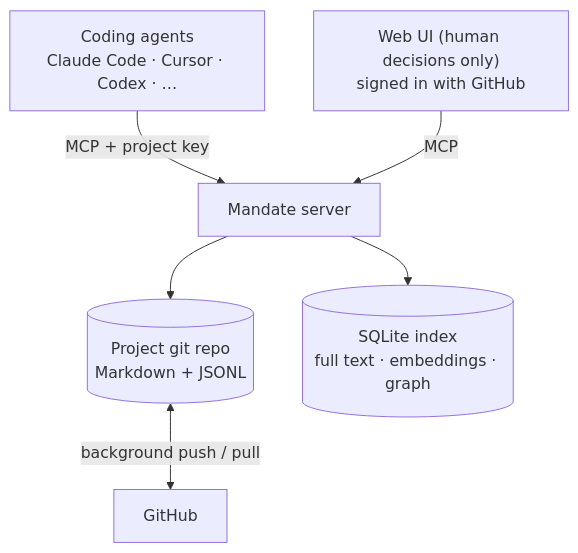
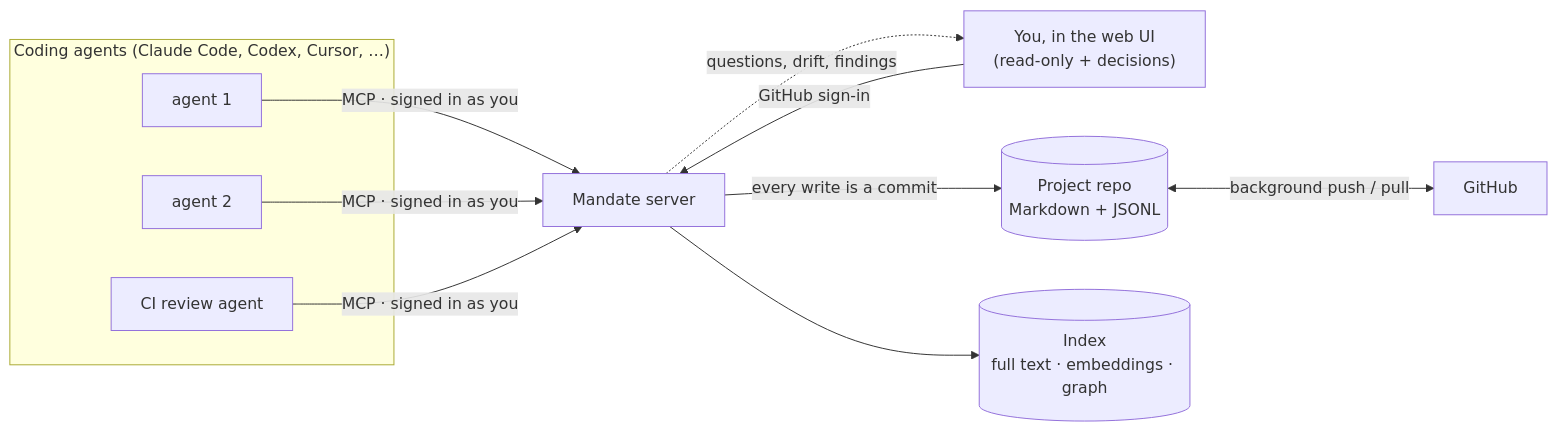
Before and after one commit to snork-alt/mandate: the diagram in README.md, drawn with Mermaid. The commit also changed other lines of this file and 187 other files, not shown here.

First line of the commit message:
Mandate: GitHub-only server, new onboarding, installer, README and FSL license

````diff
--- a/README.md
+++ b/README.md
@@ -83,8 +51,14 @@
 ```mermaid
-flowchart TB
-  A["Coding agents<br/>Claude Code · Cursor · Codex · …"] -->|"MCP + project key"| S
-  U["Web UI (human decisions only)<br/>signed in with GitHub"] -->|MCP| S
-  S["Mandate server"] --> G[("Project git repo<br/>Markdown + JSONL")]
-  S --> I[("SQLite index<br/>full text · embeddings · graph")]
+flowchart LR
+  subgraph Agents["Coding agents (Claude Code, Codex, Cursor, …)"]
+    A1["agent 1"]
+    A2["agent 2"]
+    A3["CI review agent"]
+  end
+  A1 & A2 & A3 -->|"MCP · signed in as you"| S["Mandate server"]
+  H["You, in the web UI<br/>(read-only + decisions)"] -->|"GitHub sign-in"| S
+  S -->|"every write is a commit"| G[("Project repo<br/>Markdown + JSONL")]
+  S --> I[("Index<br/>full text · embeddings · graph")]
   G <-->|"background push / pull"| GH["GitHub"]
+  S -.->|"questions, drift, findings"| H
 ```
````
